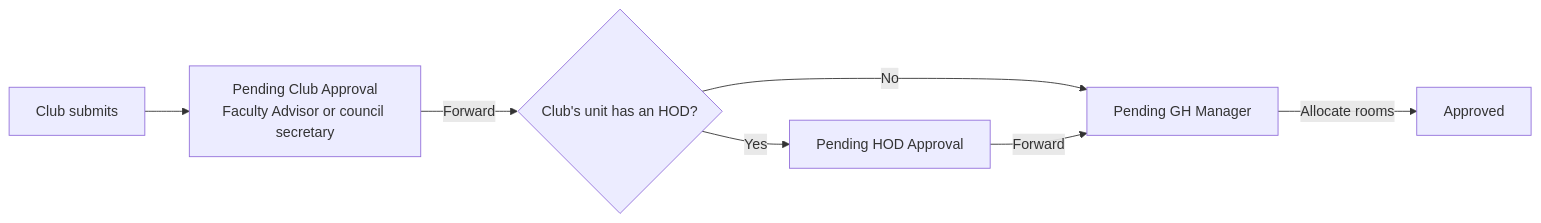
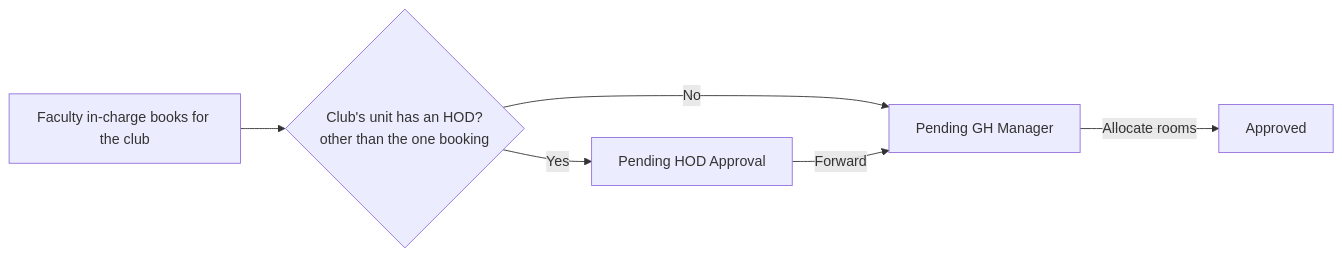
The fourth of 7 diagrams in .memories/13-workflows.md (DevMittal09/GuestHouseIIT), drawn with Mermaid before and after one commit. The commit also changed other lines of this file and 61 other files, not shown here.

````diff
--- a/.memories/13-workflows.md
+++ b/.memories/13-workflows.md
@@ -94,9 +99,8 @@
 ```mermaid
 flowchart LR
-  C[Club submits] --> FA[Pending Club Approval<br/>Faculty Advisor or council secretary]
-  FA -->|Forward| H{Club's unit has an HOD?}
+  F[Faculty in-charge books for the club] --> H{Club's unit has an HOD?<br/>other than the one booking}
   H -->|Yes| HOD[Pending HOD Approval]
   H -->|No| M[Pending GH Manager]
   HOD -->|Forward| M
   M -->|Allocate rooms| AP[Approved]
 ```
````
